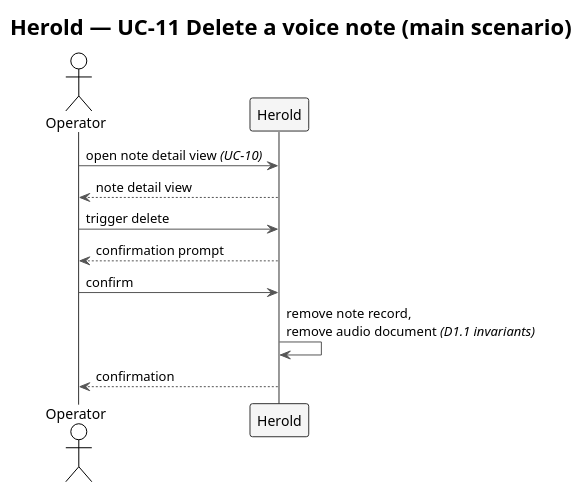
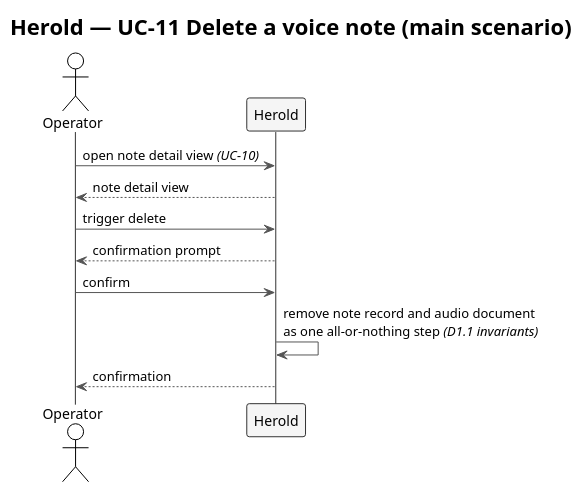
The diagram in docs/spec/diagrams/f2-uc11-delete-note.plantuml (carstenlucke/herold), drawn with PlantUML before and after one commit. The commit also changed 15 other files, not shown here.

```diff
--- a/docs/spec/diagrams/f2-uc11-delete-note.plantuml
+++ b/docs/spec/diagrams/f2-uc11-delete-note.plantuml
@@ -1,25 +1,25 @@
 @startuml f2-uc11-delete-note
 !theme plain
 skinparam shadowing false
 skinparam ArrowColor #555555
 skinparam SequenceLifeLineBorderColor #333333
 skinparam SequenceParticipantBorderColor #333333
 skinparam SequenceParticipantBackgroundColor #F5F5F5
 skinparam SequenceReferenceBackgroundColor #F0E8FF
 skinparam SequenceGroupBodyBackgroundColor transparent
 
 title Herold — UC-11 Delete a voice note (main scenario)
 
 actor    "Operator" as OP
 participant "Herold"  as SYS
 
 OP  ->  SYS : open note detail view //(UC-10)//
 SYS --> OP  : note detail view
 
 OP  ->  SYS : trigger delete
 SYS --> OP  : confirmation prompt
 OP  ->  SYS : confirm
-SYS ->  SYS : remove note record,\nremove audio document //(D1.1 invariants)//
+SYS ->  SYS : remove note record and audio document\nas one all-or-nothing step //(D1.1 invariants)//
 SYS --> OP  : confirmation
 
 @enduml
```
